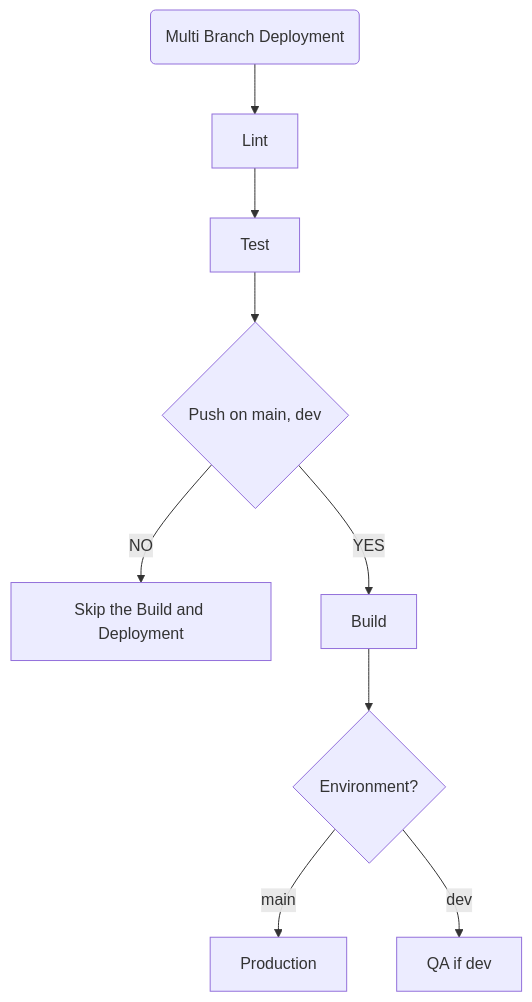
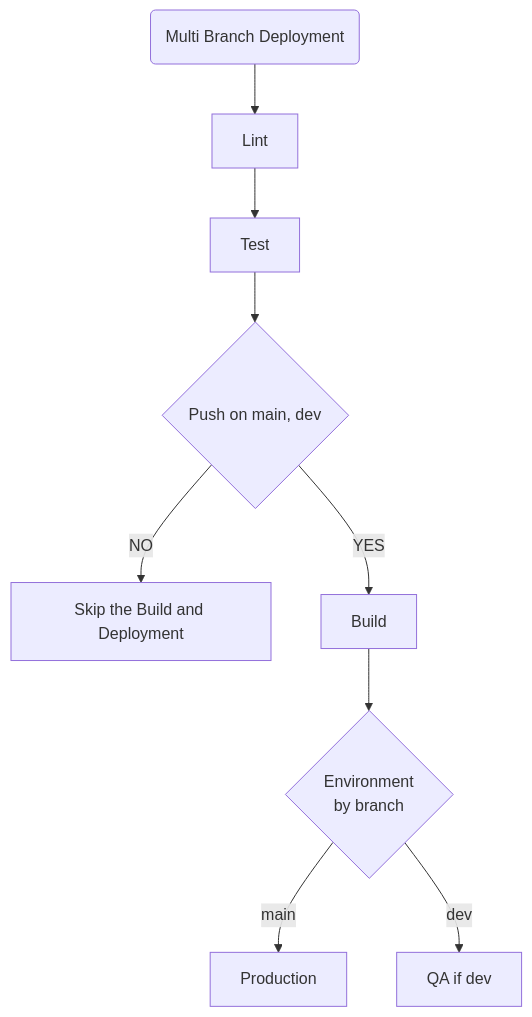
One commit to Saadullahkhan3/Github-Actions-Pipelines-Demo changed the diagram in README.md. Above: the diagram before and after it, drawn with Mermaid. The commit also changed 2 other files, not shown here.

Commit message:
Added env in production

````diff
--- a/README.md
+++ b/README.md
@@ -8,14 +8,14 @@
 ```mermaid
 flowchart TD
     A("Multi Branch Deployment") --> B["Lint"]
     %% A("Multi Branch Deployment") --> B{"CLI client 
     %% (gitviz-cli.js)"}
 
     B --> D["Test"]
     D --> E{"Push on main, dev"}
     E --> |NO| H["Skip the Build and Deployment"]
     E --> |YES| I["Build"]
-    I --> J{"Environment?"}
+    I --> J{"Environment <br/> by branch"}
     J --> |main| K["Production"]
     J --> |dev| L["QA if dev"]
 ```
````
